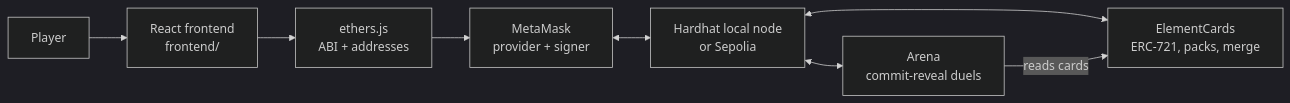
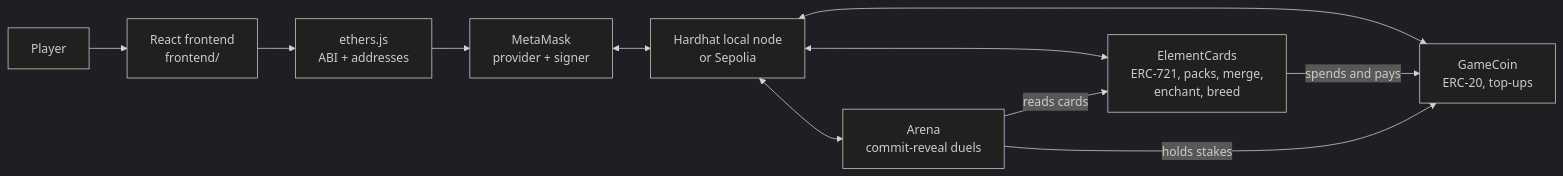
The diagram in README.md (Mingdi-Luo/COMP7610B_DApp), drawn with Mermaid (dark theme) before and after one commit. The commit also changed other lines of this file and 37 other files, not shown here.

First line of the commit message:
Add game coin, creature species, enchanting, breeding and genders

````diff
--- a/README.md
+++ b/README.md
@@ -48,10 +74,13 @@
 ```mermaid
 flowchart LR
     Player[Player] --> UI["React frontend<br/>frontend/"]
     UI --> Ethers["ethers.js<br/>ABI + addresses"]
     Ethers --> MM["MetaMask<br/>provider + signer"]
     MM <--> Chain["Hardhat local node<br/>or Sepolia"]
-    Chain <--> Cards["ElementCards<br/>ERC-721, packs, merge"]
+    Chain <--> Coin["GameCoin<br/>ERC-20, top-ups"]
+    Chain <--> Cards["ElementCards<br/>ERC-721, packs, merge,<br/>enchant, breed"]
     Chain <--> Arena["Arena<br/>commit-reveal duels"]
     Arena -- reads cards --> Cards
+    Arena -- holds stakes --> Coin
+    Cards -- spends and pays --> Coin
 ```
````
